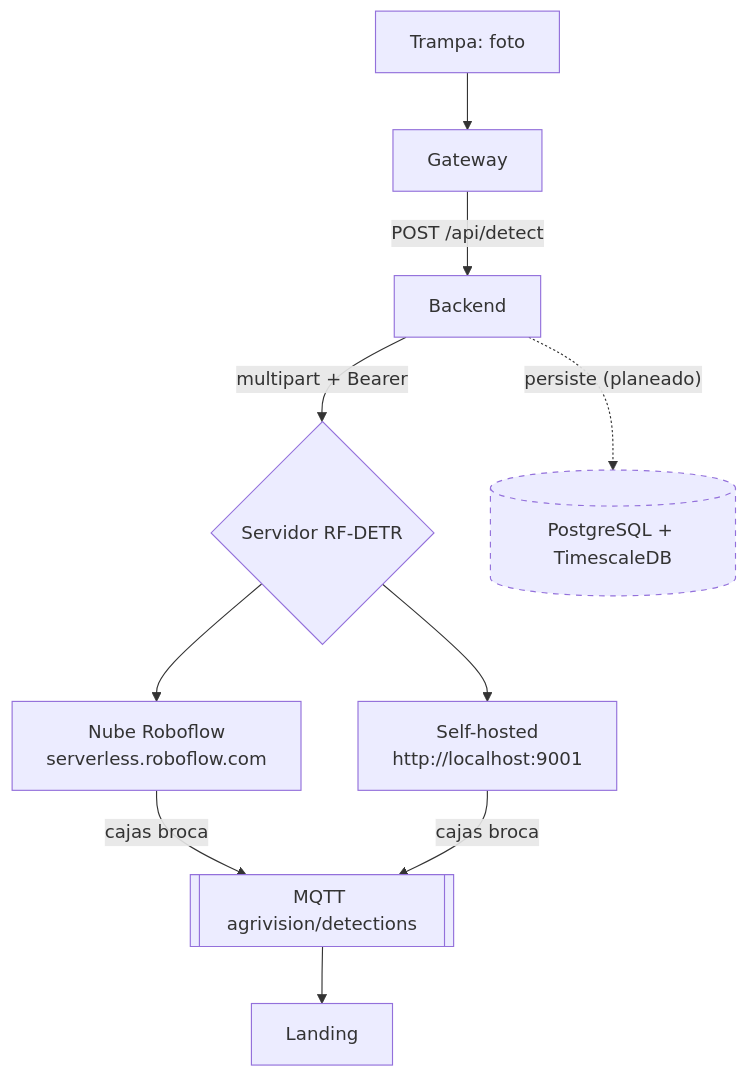
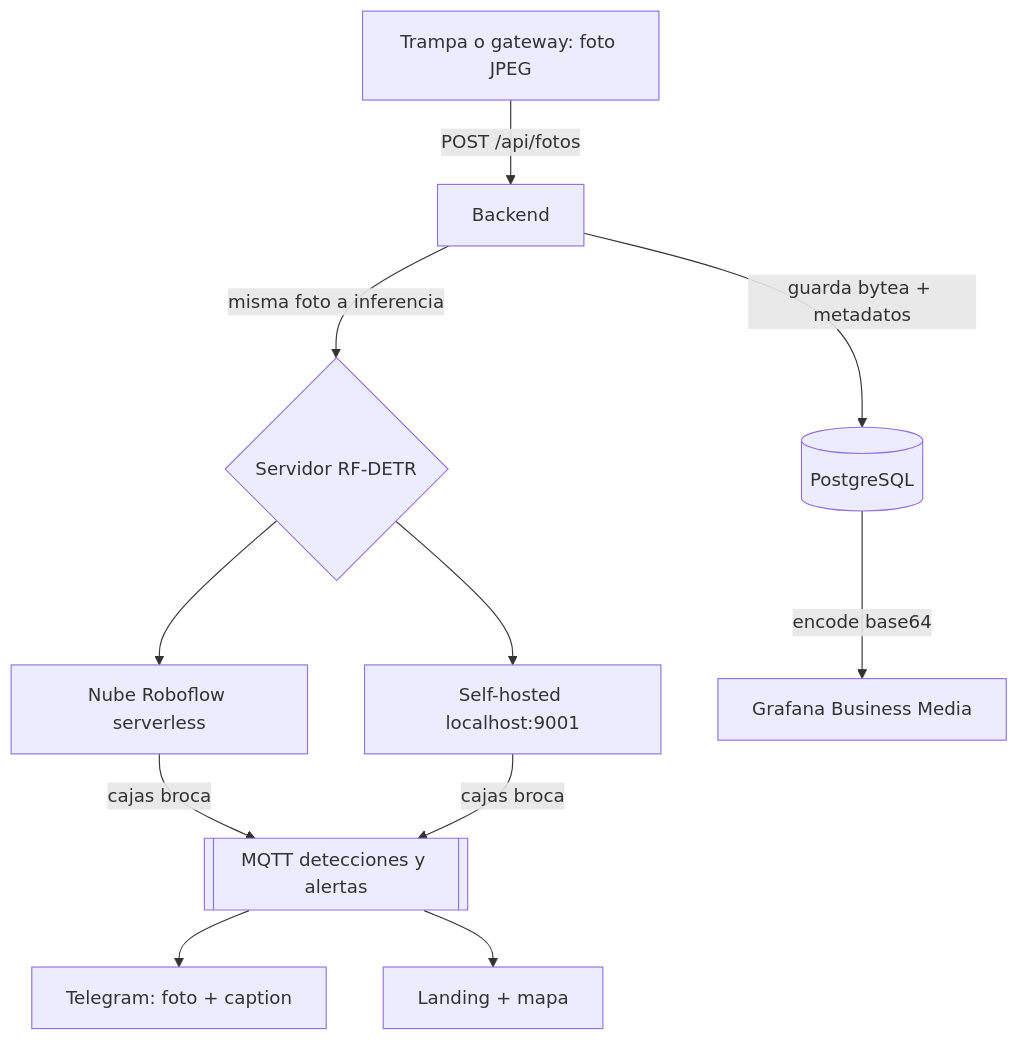
One commit to vertivolatam/hackathon-5g-2026 changed the diagram in docs/vision-rf-detr.md. Above: the diagram before and after it, drawn with Mermaid. The commit also changed other lines of this file and 10 other files, not shown here.

First line of the commit message:
feat(inferencia): self-hosted primero, serverless opt-in

````diff
--- a/docs/vision-rf-detr.md
+++ b/docs/vision-rf-detr.md
@@ -7,14 +7,13 @@
 ```mermaid
 graph TD
-    T[Trampa: foto] --> G[Gateway]
-    G -->|POST /api/detect| B[Backend]
-    B -->|multipart + Bearer| S{Servidor RF-DETR}
-    S --> C[Nube Roboflow<br/>serverless.roboflow.com]
-    S --> L[Self-hosted<br/>http://localhost:9001]
-    C -->|cajas broca| D[[MQTT agrivision/detections]]
+    T[Trampa o gateway: foto JPEG] -->|POST /api/fotos| B[Backend]
+    B -->|guarda bytea + metadatos| P[("PostgreSQL")]
+    B -->|misma foto a inferencia| S{Servidor RF-DETR}
+    S --> C[Nube Roboflow serverless]
+    S --> L[Self-hosted localhost:9001]
+    C -->|cajas broca| D[[MQTT detecciones y alertas]]
     L -->|cajas broca| D
-    D --> V[Landing]
-    B -. persiste (planeado) .-> P[("PostgreSQL + TimescaleDB")]
-    classDef planeado stroke-dasharray:5 5;
-    class P planeado;
+    D --> TG[Telegram: foto + caption]
+    P -->|encode base64| GR[Grafana Business Media]
+    D --> V[Landing + mapa]
 ```
````
